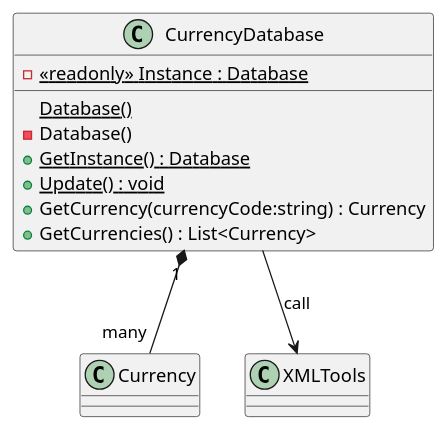
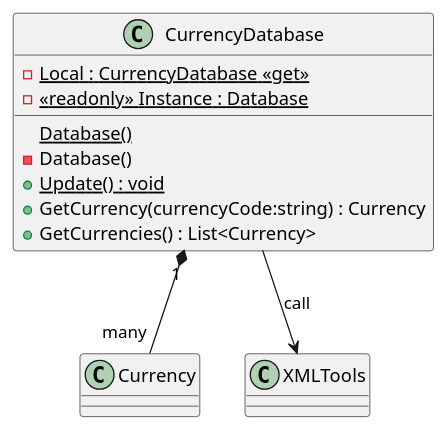
One commit to john-bartu/cut-oot changed the diagram in TM_Lab_1/UMLParts/CurrencyDatabase.puml. Above: the diagram before and after it, drawn with PlantUML.

Commit message:
UML diagram update

```diff
--- a/TM_Lab_1/UMLParts/CurrencyDatabase.puml
+++ b/TM_Lab_1/UMLParts/CurrencyDatabase.puml
@@ -1,15 +1,15 @@
 @startuml
 class CurrencyDatabase {
 '    - {static} _currencyDictionary : Dictionary<string, Currency>
+    - {static} Local : CurrencyDatabase <<get>>
     {static} Database()
     - Database()
     - {static} <<readonly>> Instance : Database
-    + {static} GetInstance() : Database
     + {static} Update() : void
     + GetCurrency(currencyCode:string) : Currency
     + GetCurrencies() : List<Currency>
 }
 
 CurrencyDatabase "1" *-- "many" Currency 
 CurrencyDatabase --> XMLTools : call
 @enduml
```
